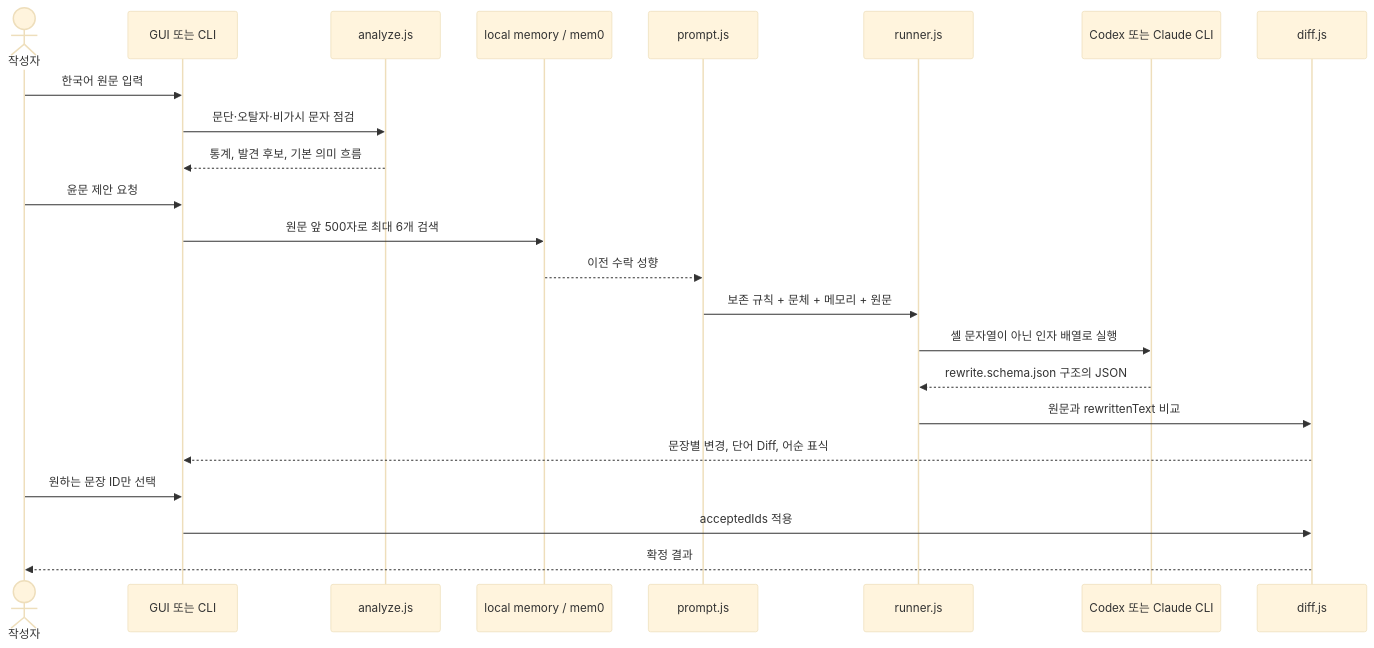
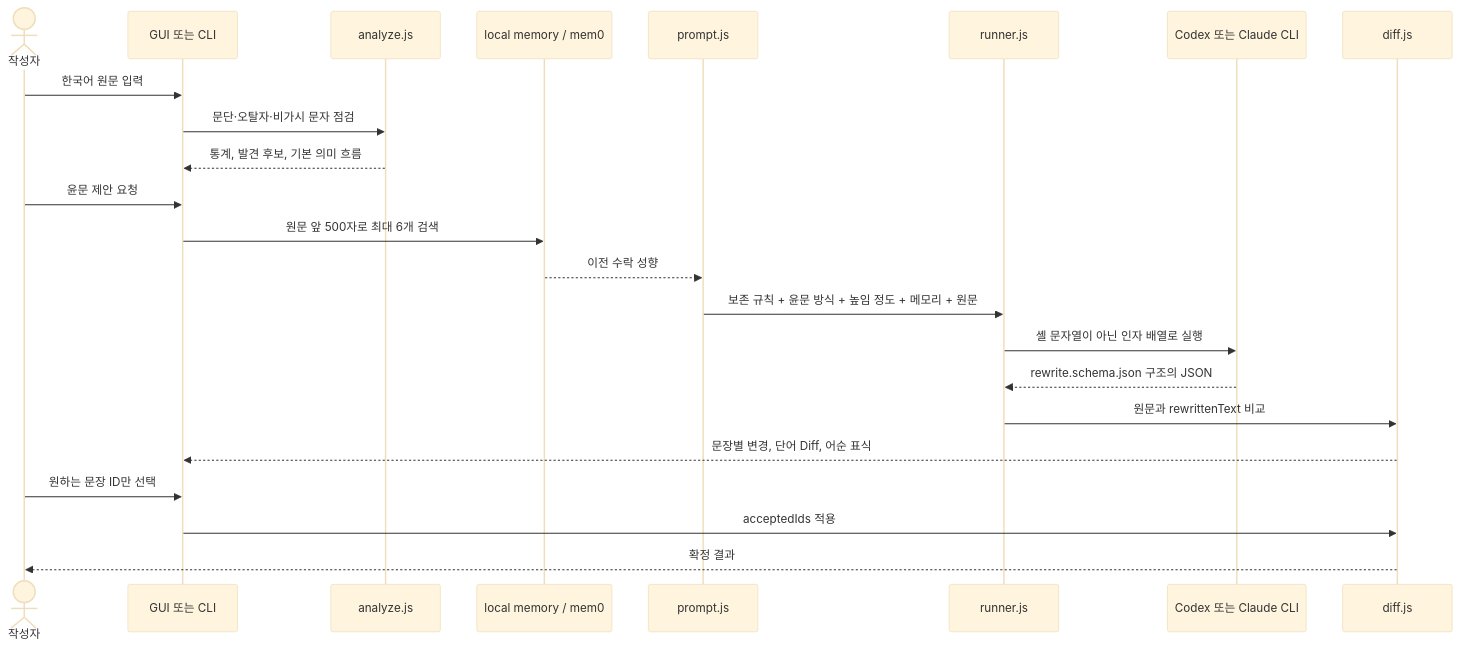
Before and after one commit to kuseumkkrkkr/KR-humanizer: the second of 6 diagrams in README.md, drawn with Mermaid (base theme). The commit also changed other lines of this file and 30 other files, not shown here.

````diff
--- a/README.md
+++ b/README.md
@@ -155,26 +157,26 @@
 ```mermaid
 sequenceDiagram
   actor U as 작성자
   participant UI as GUI 또는 CLI
   participant A as analyze.js
   participant M as local memory / mem0
   participant P as prompt.js
   participant R as runner.js
   participant E as Codex 또는 Claude CLI
   participant D as diff.js
 
   U->>UI: 한국어 원문 입력
   UI->>A: 문단·오탈자·비가시 문자 점검
   A-->>UI: 통계, 발견 후보, 기본 의미 흐름
   U->>UI: 윤문 제안 요청
   UI->>M: 원문 앞 500자로 최대 6개 검색
   M-->>P: 이전 수락 성향
-  P->>R: 보존 규칙 + 문체 + 메모리 + 원문
+  P->>R: 보존 규칙 + 윤문 방식 + 높임 정도 + 메모리 + 원문
   R->>E: 셸 문자열이 아닌 인자 배열로 실행
   E-->>R: rewrite.schema.json 구조의 JSON
   R->>D: 원문과 rewrittenText 비교
   D-->>UI: 문장별 변경, 단어 Diff, 어순 표식
   U->>UI: 원하는 문장 ID만 선택
   UI->>D: acceptedIds 적용
   D-->>U: 확정 결과
 ```
````
